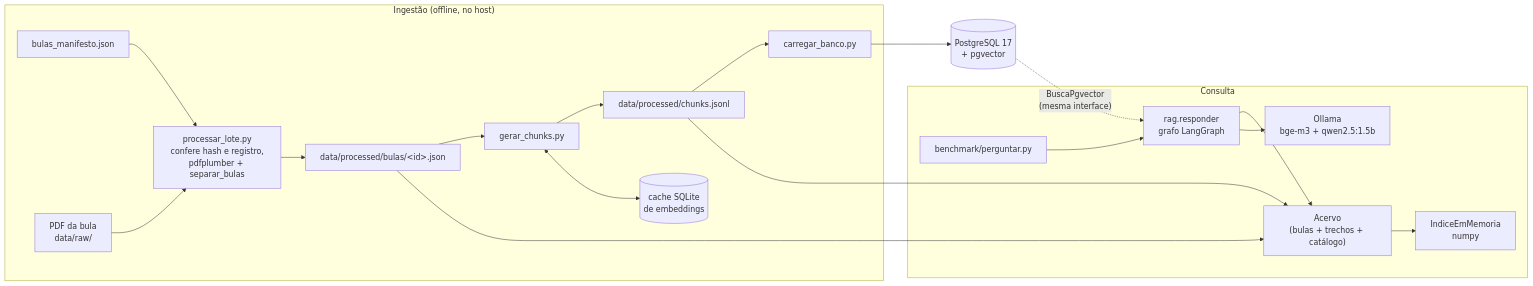
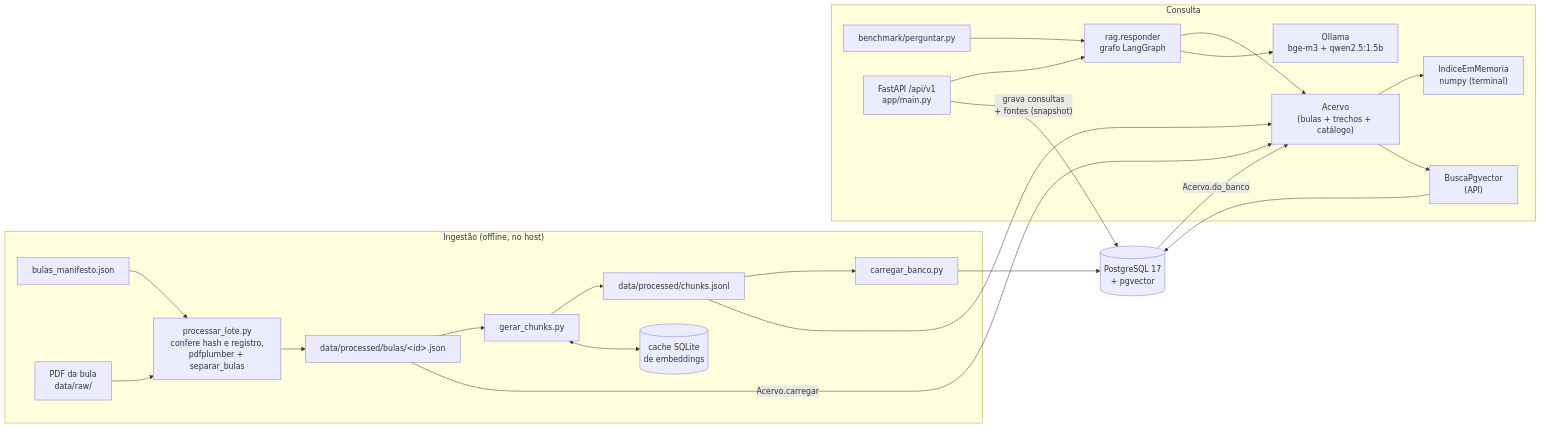
One commit to umdevaprendiz/farma-rag changed the first of 5 diagrams in README.md. Above: the diagram before and after it, drawn with Mermaid. The commit also changed other lines of this file and 20 other files, not shown here.

Commit message:
api fastapi: 5 rotas, acervo lido do postgres, histórico de toda consulta e testes isolados do banco real

````diff
--- a/README.md
+++ b/README.md
@@ -79,24 +79,28 @@
 ```mermaid
 flowchart LR
   subgraph ING["Ingestão (offline, no host)"]
     MAN["bulas_manifesto.json"] --> PB["processar_lote.py<br/>confere hash e registro,<br/>pdfplumber + separar_bulas"]
     PDF["PDF da bula<br/>data/raw/"] --> PB
     PB --> JSON["data/processed/bulas/&lt;id&gt;.json"]
     JSON --> GC["gerar_chunks.py"]
     GC --> JSONL["data/processed/chunks.jsonl"]
     GC <--> CACHE[("cache SQLite<br/>de embeddings")]
     JSONL --> CB["carregar_banco.py"]
   end
 
   subgraph RUN["Consulta"]
     CLI["benchmark/perguntar.py"] --> RAG["rag.responder<br/>grafo LangGraph"]
+    API["FastAPI /api/v1<br/>app/main.py"] --> RAG
     RAG --> ACV["Acervo<br/>(bulas + trechos + catálogo)"]
-    ACV --> MEM["IndiceEmMemoria<br/>numpy"]
+    ACV --> MEM["IndiceEmMemoria<br/>numpy (terminal)"]
+    ACV --> BPG["BuscaPgvector<br/>(API)"]
     RAG --> OLL["Ollama<br/>bge-m3 + qwen2.5:1.5b"]
   end
 
-  JSON --> ACV
+  JSON -- "Acervo.carregar" --> ACV
   JSONL --> ACV
   CB --> PG[("PostgreSQL 17<br/>+ pgvector")]
-  PG -. "BuscaPgvector<br/>(mesma interface)" .-> RAG
+  PG -- "Acervo.do_banco" --> ACV
+  BPG --> PG
+  API -- "grava consultas<br/>+ fontes (snapshot)" --> PG
 ```
````
